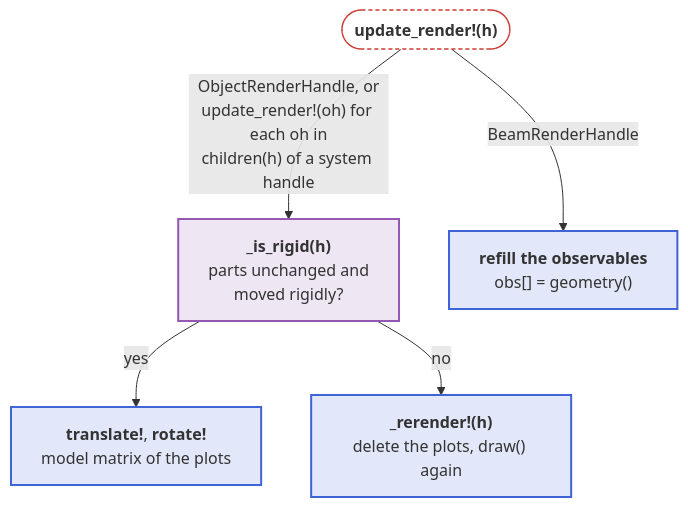
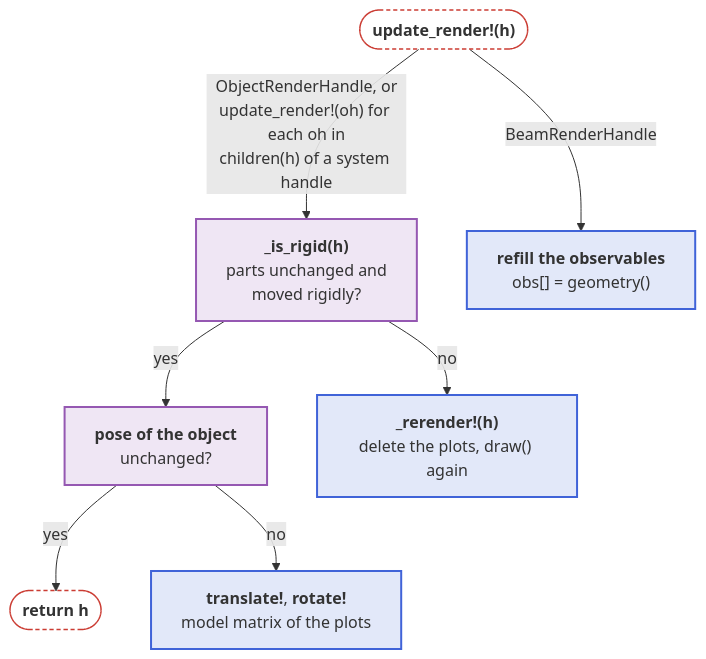
One commit to JuliaPhysics/BeamletOptics.jl changed the second of 3 diagrams in docs/src/api/rendering.md. Above: the diagram before and after it, drawn with Mermaid. The commit also changed other lines of this file and 63 other files, not shown here.

First line of the commit message:
Docs: align docs and docstrings with the code, drop color legends of the diagrams

````diff
--- a/docs/src/api/rendering.md
+++ b/docs/src/api/rendering.md
@@ -47,20 +47,24 @@
 ```mermaid
 flowchart TB
     U(["<b>update_render!(h)</b>"])
     RG["<b>_is_rigid(h)</b><br/>parts unchanged and<br/>moved rigidly?"]
     OB["<b>refill the observables</b><br/>obs[] = geometry()"]
+    PC["<b>pose of the object</b><br/>unchanged?"]
     MM["<b>translate!</b>, <b>rotate!</b><br/>model matrix of the plots"]
     RR["<b>_rerender!(h)</b><br/>delete the plots, draw() again"]
+    E(["<b>return h</b>"])
 
     U -- "ObjectRenderHandle, or<br/>update_render!(oh) for each oh in<br/>children(h) of a system handle" --> RG
     U -- "BeamRenderHandle" --> OB
-    RG -- yes --> MM
+    RG -- yes --> PC
     RG -- no --> RR
+    PC -- yes --> E
+    PC -- no --> MM
 
     classDef blue fill:#4063D826,stroke:#4063D8,stroke-width:2px
     classDef purple fill:#9558B226,stroke:#9558B2,stroke-width:2px
     classDef terminal fill:transparent,stroke:#CB3C33,stroke-width:1.5px,stroke-dasharray:4 3
     class MM,RR,OB blue
-    class RG purple
-    class U terminal
+    class RG,PC purple
+    class U,E terminal
 ```
````
